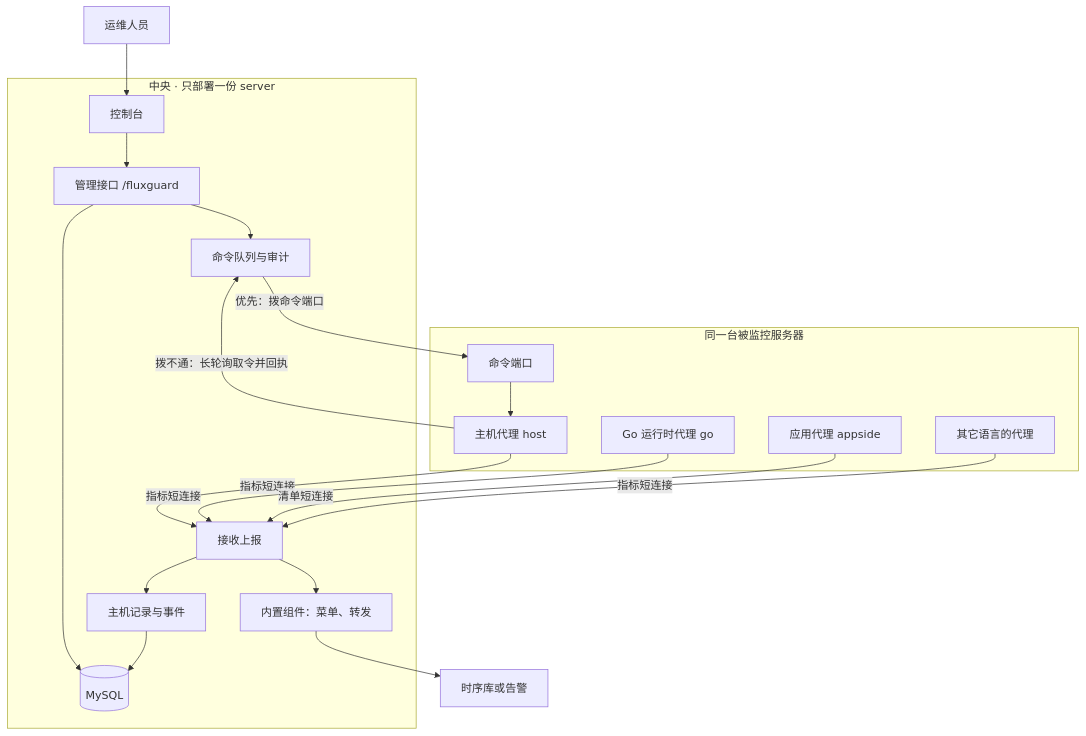
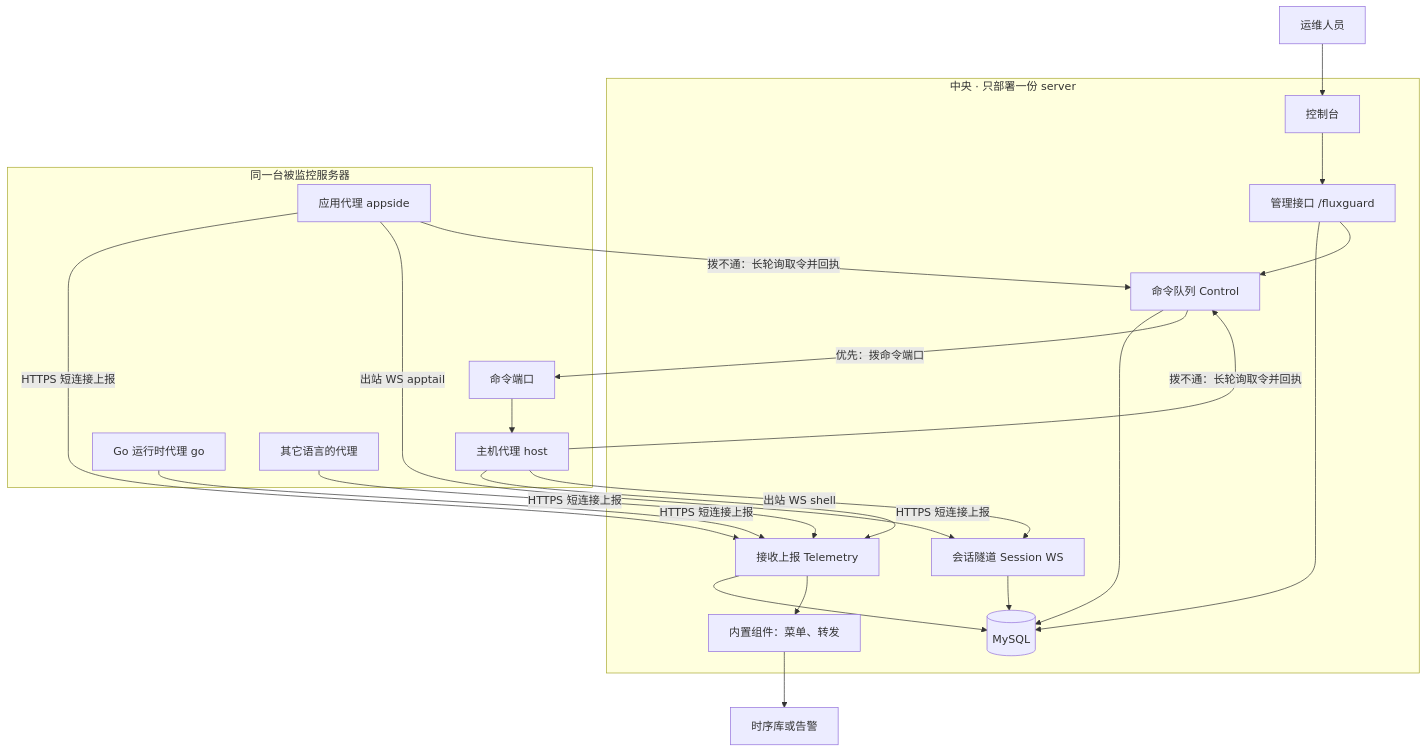
The first of 4 diagrams in docs/01-architecture.md (fluxsce/flux-guard), drawn with Mermaid before and after one commit. The commit also changed other lines of this file and 53 other files, not shown here.

````diff
--- a/docs/01-architecture.md
+++ b/docs/01-architecture.md
@@ -11,40 +11,44 @@
 ```mermaid
 flowchart TB
   operator[运维人员]
 
   subgraph center ["中央 · 只部署一份 server"]
     console[控制台]
     mgmt["管理接口 /fluxguard"]
-    ingest["接收上报"]
-    records[主机记录与事件]
-    commands["命令队列与审计"]
+    ingest["接收上报 Telemetry"]
+    tunnel["会话隧道 Session WS"]
+    commands["命令队列 Control"]
     builtin["内置组件：菜单、转发"]
     db[(MySQL)]
   end
 
   subgraph machine ["同一台被监控服务器"]
     hostAgent["主机代理 host"]
     cmdPort["命令端口"]
     goAgent["Go 运行时代理 go"]
     sideAgent["应用代理 appside"]
     otherAgent["其它语言的代理"]
   end
 
   tsdb[时序库或告警]
 
   operator --> console
   console --> mgmt
   mgmt --> db
-  ingest --> records
-  records --> db
+  ingest --> db
+  tunnel --> db
+  commands --> db
   ingest --> builtin
   builtin --> tsdb
-  hostAgent -->|"指标短连接"| ingest
-  goAgent -->|"指标短连接"| ingest
-  sideAgent -->|"清单短连接"| ingest
-  otherAgent -->|"指标短连接"| ingest
+  hostAgent -->|"HTTPS 短连接上报"| ingest
+  goAgent -->|"HTTPS 短连接上报"| ingest
+  sideAgent -->|"HTTPS 短连接上报"| ingest
+  otherAgent -->|"HTTPS 短连接上报"| ingest
+  hostAgent -->|"出站 WS shell"| tunnel
+  sideAgent -->|"出站 WS apptail"| tunnel
   mgmt --> commands
   commands -->|"优先：拨命令端口"| cmdPort
   cmdPort --> hostAgent
   hostAgent -->|"拨不通：长轮询取令并回执"| commands
+  sideAgent -->|"拨不通：长轮询取令并回执"| commands
 ```
````
